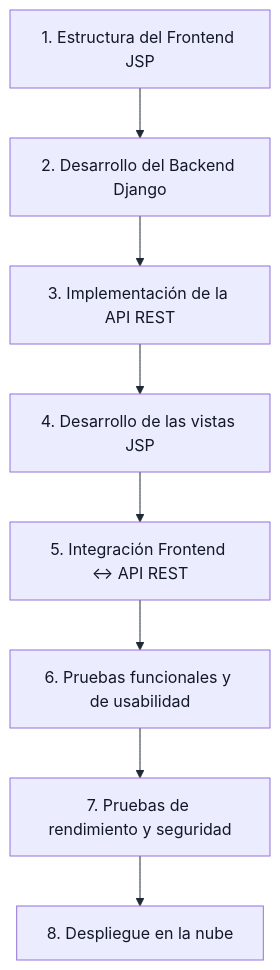
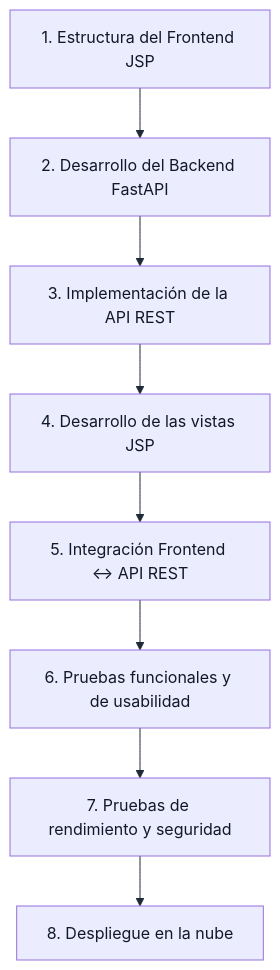
One commit to Darksam03/RuralConecta-ProyectoWeb changed the eighth of 8 diagrams in docs/arquitectura/estructura-frontend.md. Above: the diagram before and after it, drawn with Mermaid. The commit also changed other lines of this file and 5 other files, not shown here.

````diff
--- a/docs/arquitectura/estructura-frontend.md
+++ b/docs/arquitectura/estructura-frontend.md
@@ -741,11 +741,11 @@
 ```mermaid
 %%{init: {'themeVariables': {'textColor':'#111827','primaryTextColor':'#111827','primaryColor':'#eef2f7','primaryBorderColor':'#1f2937','lineColor':'#1f2937','secondaryColor':'#eef2f7','tertiaryColor':'#f3f4f6','edgeLabelBackground':'#ffffff'}}}%%
 flowchart TD
-    S1["1. Estructura del Frontend JSP"] --> S2["2. Desarrollo del Backend Django"]
+    S1["1. Estructura del Frontend JSP"] --> S2["2. Desarrollo del Backend FastAPI"]
     S2 --> S3["3. Implementación de la API REST"]
     S3 --> S4["4. Desarrollo de las vistas JSP"]
     S4 --> S5["5. Integración Frontend ↔ API REST"]
     S5 --> S6["6. Pruebas funcionales y de usabilidad"]
     S6 --> S7["7. Pruebas de rendimiento y seguridad"]
     S7 --> S8["8. Despliegue en la nube"]
 ```
````
